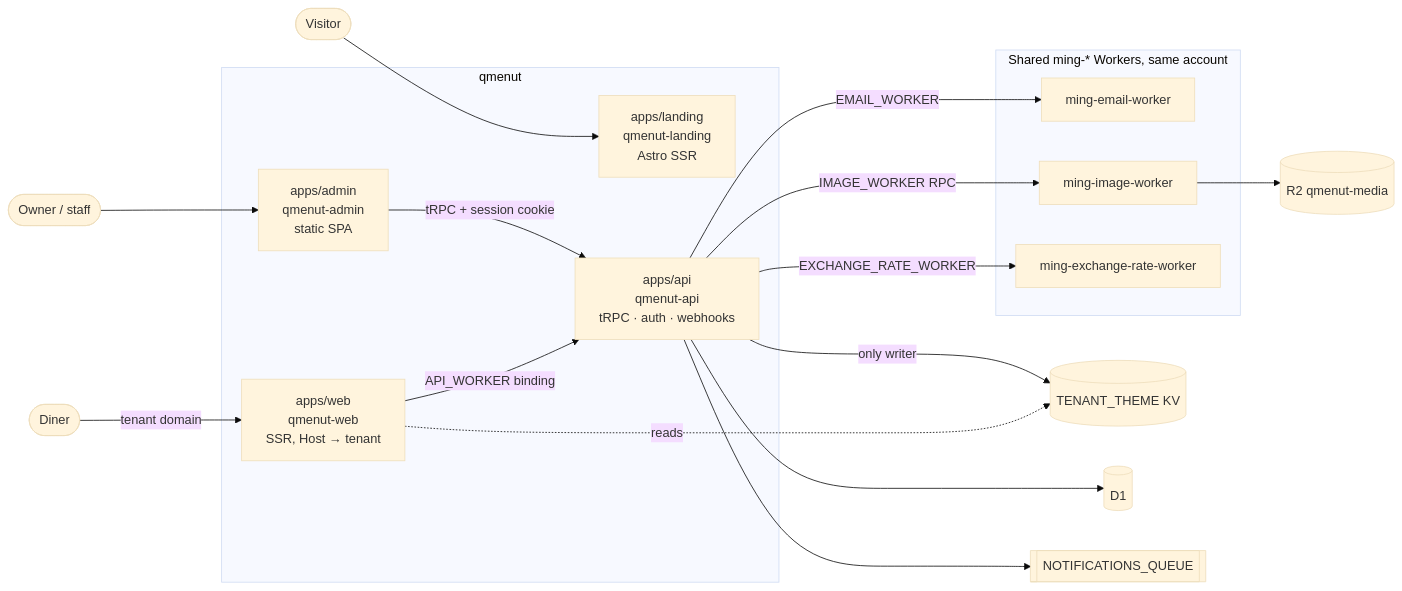
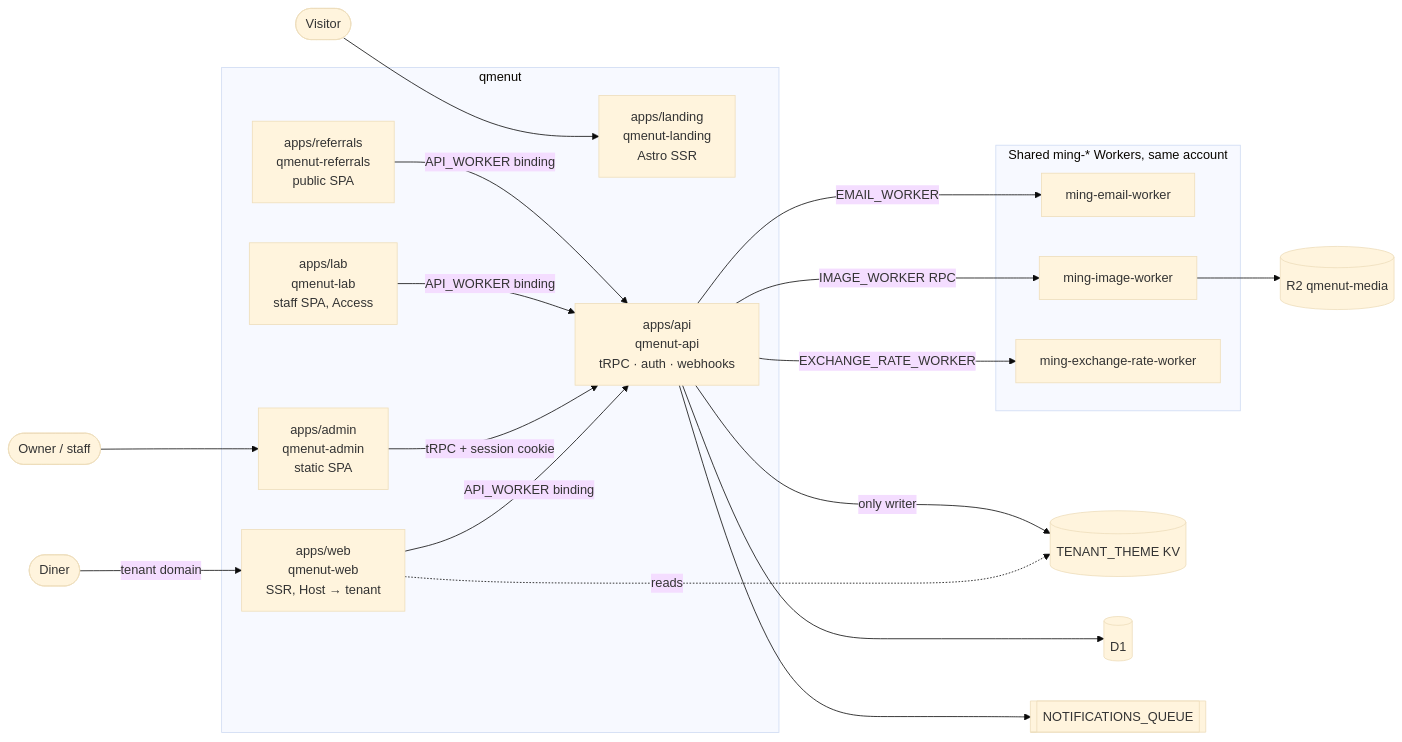
Before and after one commit to jmurga97/qmenut: the first of 4 diagrams in docs/architecture.md, drawn with Mermaid (base theme). The commit also changed other lines of this file and 124 other files, not shown here.

Commit message:
Add referral campaigns lab and public referrals app

````diff
--- a/docs/architecture.md
+++ b/docs/architecture.md
@@ -7,30 +7,34 @@
 ```mermaid
 flowchart LR
   diner([Diner]) -->|tenant domain| web
   owner([Owner / staff]) --> admin
   visitor([Visitor]) --> landing
 
   subgraph qmenut
     web["apps/web<br/>qmenut-web<br/>SSR, Host → tenant"]
     admin["apps/admin<br/>qmenut-admin<br/>static SPA"]
+    lab["apps/lab<br/>qmenut-lab<br/>staff SPA, Access"]
+    referrals["apps/referrals<br/>qmenut-referrals<br/>public SPA"]
     api["apps/api<br/>qmenut-api<br/>tRPC · auth · webhooks"]
     landing["apps/landing<br/>qmenut-landing<br/>Astro SSR"]
   end
 
   web -->|API_WORKER binding| api
   admin -->|tRPC + session cookie| api
+  lab -->|API_WORKER binding| api
+  referrals -->|API_WORKER binding| api
   web -. reads .-> kv[(TENANT_THEME KV)]
   api -->|only writer| kv
   api --> d1[(D1)]
   api --> q[[NOTIFICATIONS_QUEUE]]
 
   subgraph ming[Shared ming-* Workers, same account]
     email[ming-email-worker]
     image[ming-image-worker]
     fx[ming-exchange-rate-worker]
   end
   api -->|EMAIL_WORKER| email
   api -->|IMAGE_WORKER RPC| image
   api -->|EXCHANGE_RATE_WORKER| fx
   image --> r2[(R2 qmenut-media)]
 ```
````
